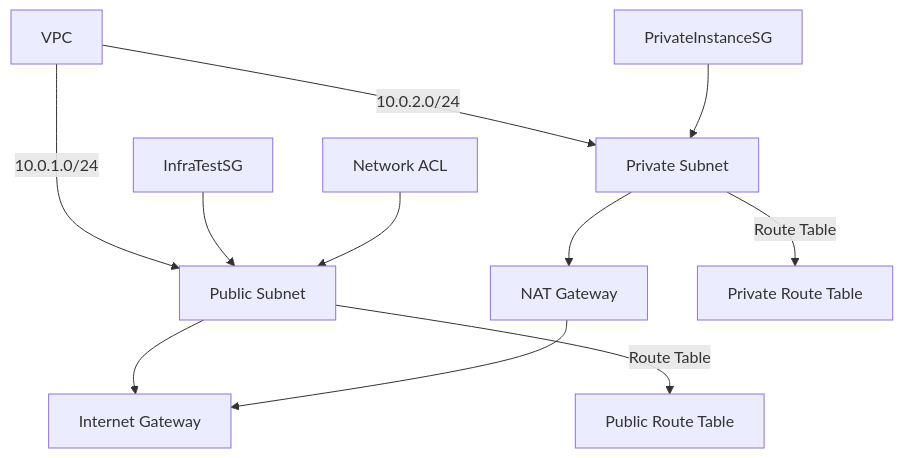
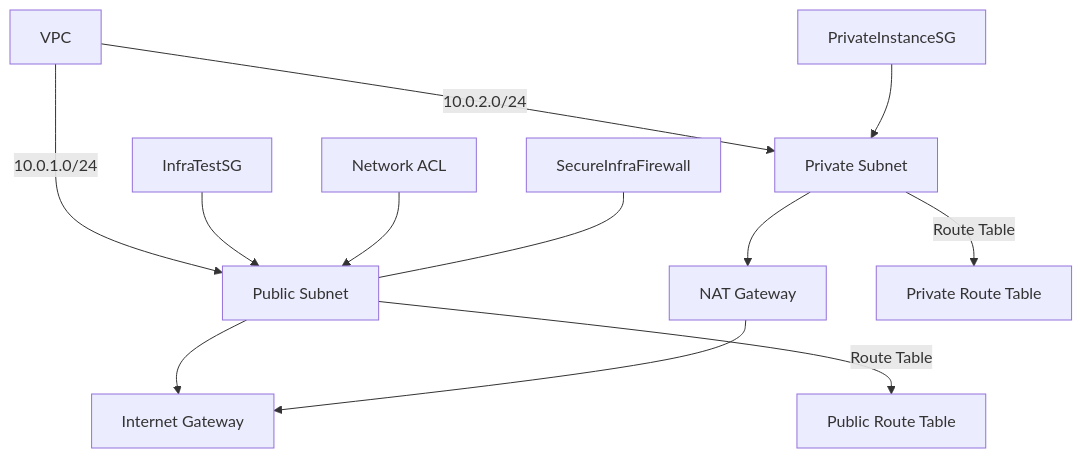
Before and after one commit to Walentino/cybr-vpc-lab: the diagram in chapter5/c5-commands.md, drawn with Mermaid. The commit also changed other lines of this file, not shown here.

````diff
--- a/chapter5/c5-commands.md
+++ b/chapter5/c5-commands.md
@@ -343,13 +371,14 @@
 ```mermaid
 graph TD;
   A[VPC] -->|10.0.1.0/24| B[Public Subnet]
   A -->|10.0.2.0/24| C[Private Subnet]
   B --> D[Internet Gateway]
   C --> E[NAT Gateway]
   B -->|Route Table| F[Public Route Table]
   C -->|Route Table| G[Private Route Table]
   E --> D
   H[InfraTestSG] --> B
   I[PrivateInstanceSG] --> C
   J[Network ACL] --> B
+  K[SecureInfraFirewall] --- B
 ```
````
